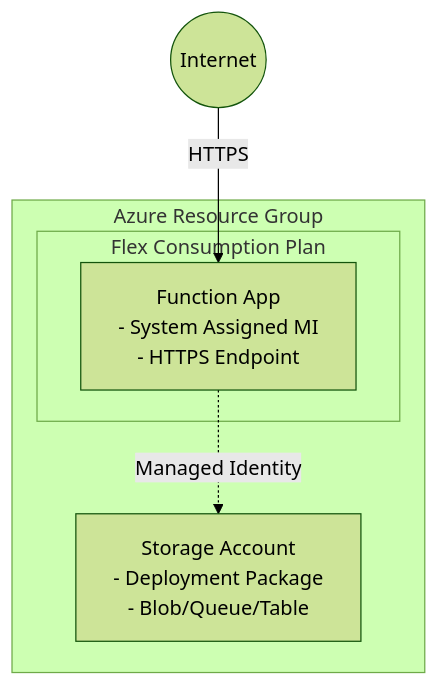
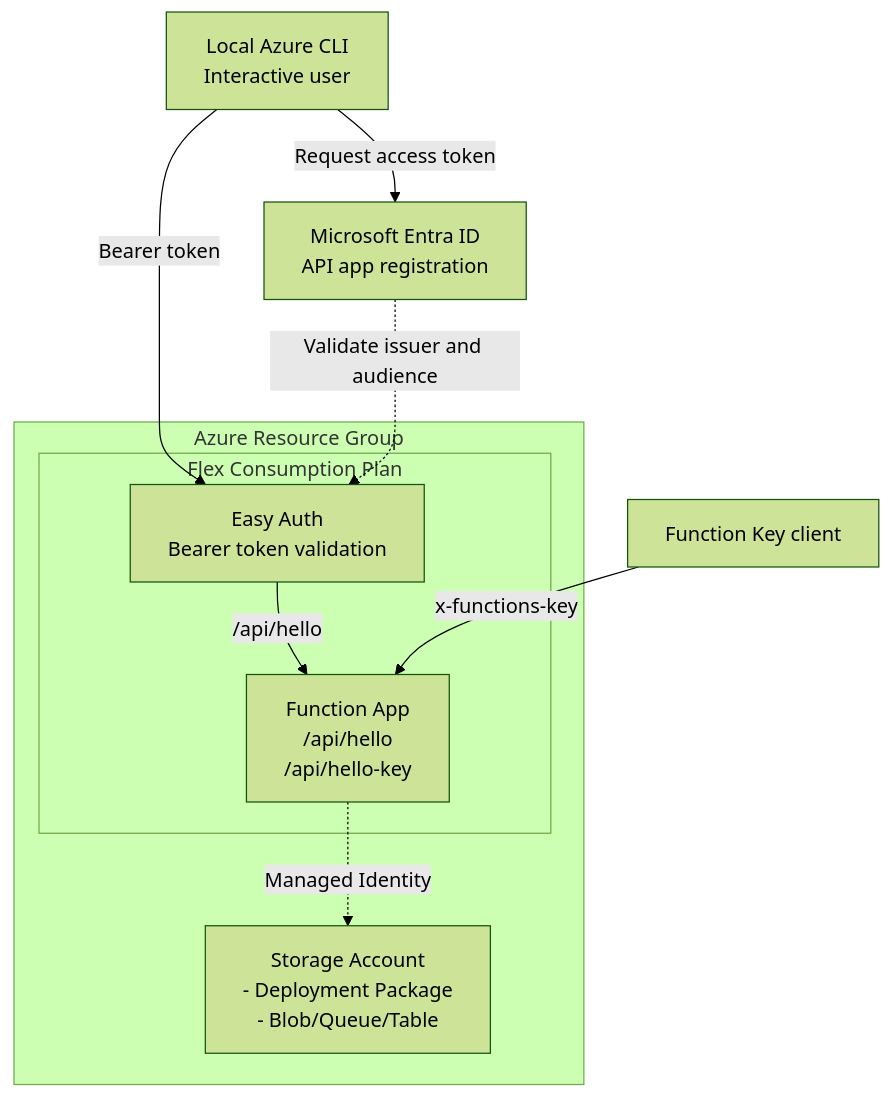
Before and after one commit to ks6088ts/template-terraform: the diagram in infra/scenarios/azure_functions_flex_consumption/README.md, drawn with Mermaid (forest theme). The commit also changed other lines of this file and 9 other files, not shown here.

First line of the commit message:
feat: Add Microsoft Entra ID authentication to Azure Functions Flex Consumption scenario

````diff
--- a/infra/scenarios/azure_functions_flex_consumption/README.md
+++ b/infra/scenarios/azure_functions_flex_consumption/README.md
@@ -29,14 +39,21 @@
 ```mermaid
 flowchart TB
-    Internet((Internet))
+  CLI["Local Azure CLI<br/>Interactive user"]
+  KeyClient["Function Key client"]
+  Entra["Microsoft Entra ID<br/>API app registration"]
 
     subgraph Azure["Azure Resource Group"]
         subgraph FlexConsumption["Flex Consumption Plan"]
-            FA["Function App<br/>- System Assigned MI<br/>- HTTPS Endpoint"]
+      EasyAuth["Easy Auth<br/>Bearer token validation"]
+      FA["Function App<br/>/api/hello<br/>/api/hello-key"]
         end
         ST["Storage Account<br/>- Deployment Package<br/>- Blob/Queue/Table"]
     end
 
-    Internet -->|HTTPS| FA
+  CLI -->|Request access token| Entra
+  CLI -->|Bearer token| EasyAuth
+  Entra -.->|Validate issuer and audience| EasyAuth
+  EasyAuth -->|/api/hello| FA
+  KeyClient -->|x-functions-key| FA
     FA -.->|Managed Identity| ST
 ```
````
